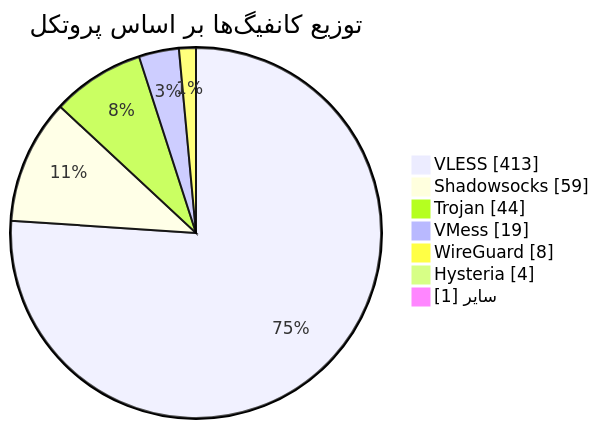
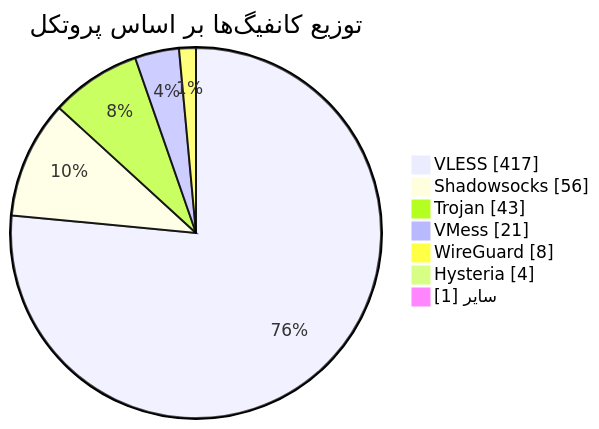
The diagram in README.md (Arian-Alijani/Somthing), drawn with Mermaid before and after one commit. The commit also changed other lines of this file and 15 other files, not shown here.

````diff
--- a/README.md
+++ b/README.md
@@ -49,11 +49,11 @@
 ```mermaid
 pie showData
     title توزیع کانفیگ‌ها بر اساس پروتکل
-    "VLESS" : 413
-    "Shadowsocks" : 59
-    "Trojan" : 44
-    "VMess" : 19
+    "VLESS" : 417
+    "Shadowsocks" : 56
+    "Trojan" : 43
+    "VMess" : 21
     "WireGuard" : 8
     "Hysteria" : 4
     "سایر" : 1
 ```
````
